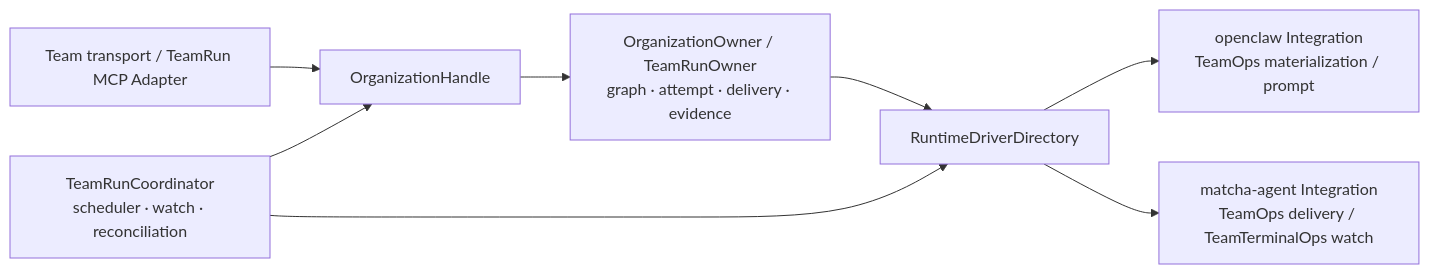
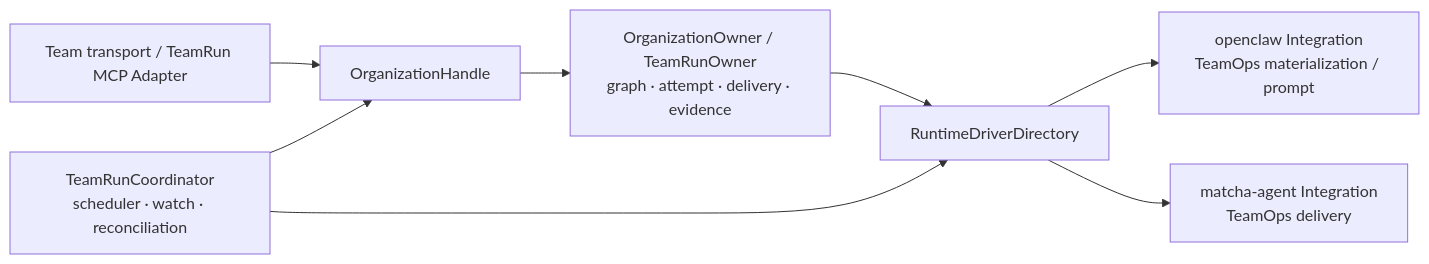
Before and after one commit to hellowKeyzj/Matcha-claw: the sixth of 6 diagrams in docs/architecture/layered-architecture.md, drawn with Mermaid. The commit also changed other lines of this file and 159 other files, not shown here.

````diff
--- a/docs/architecture/layered-architecture.md
+++ b/docs/architecture/layered-architecture.md
@@ -446,17 +446,17 @@
 ```mermaid
 flowchart LR
   Delivery["Team transport / TeamRun MCP Adapter"]
   OrgHandle["OrganizationHandle"]
   OrgOwner["OrganizationOwner / TeamRunOwner\ngraph · attempt · delivery · evidence"]
   Coordinator["TeamRunCoordinator\nscheduler · watch · reconciliation"]
   Directory["RuntimeDriverDirectory"]
   OpenClaw["openclaw Integration\nTeamOps materialization / prompt"]
-  Matcha["matcha-agent Integration\nTeamOps delivery / TeamTerminalOps watch"]
+  Matcha["matcha-agent Integration\nTeamOps delivery"]
 
   Delivery --> OrgHandle --> OrgOwner
   Coordinator --> OrgHandle
   Coordinator --> Directory
   OrgOwner --> Directory
   Directory --> OpenClaw
   Directory --> Matcha
 ```
````
